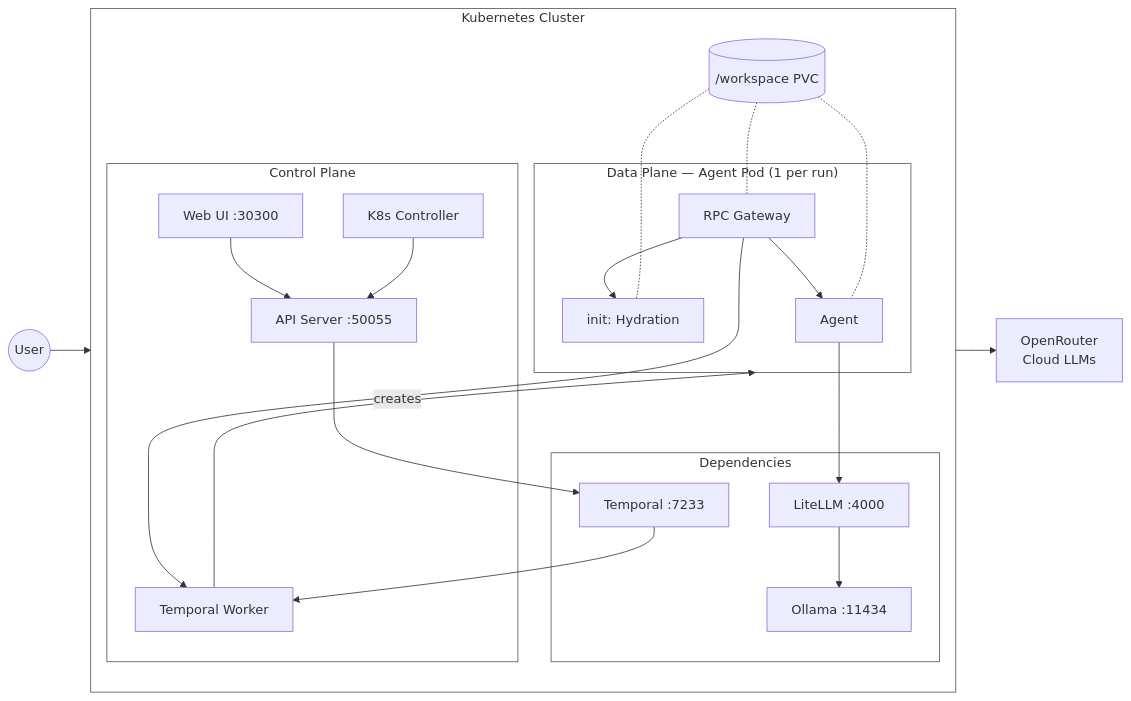
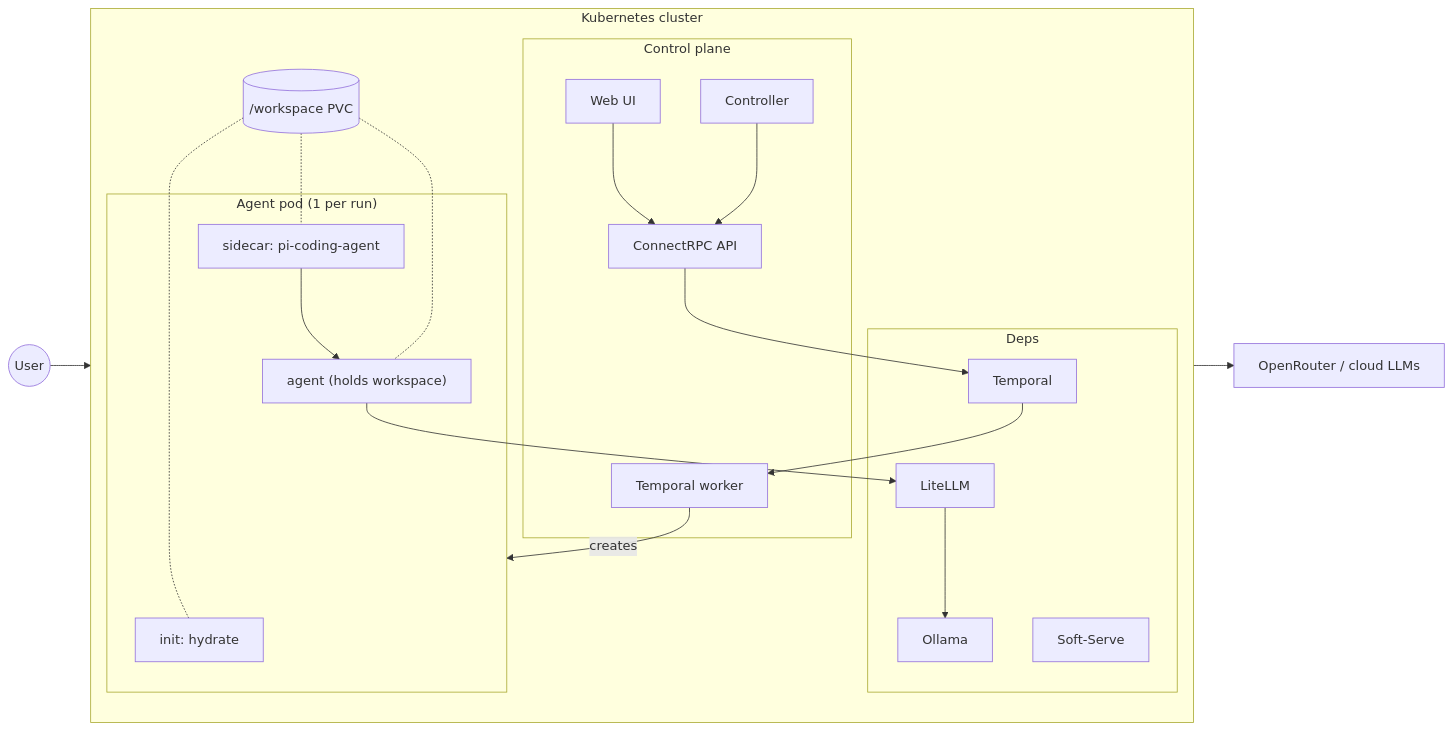
One commit to ross-corp/uncworks changed the first of 2 diagrams in README.md. Above: the diagram before and after it, drawn with Mermaid. The commit also changed other lines of this file and 17 other files, not shown here.

````diff
--- a/README.md
+++ b/README.md
@@ -54,51 +21,37 @@
 ```mermaid
 graph LR
     User(("User"))
-    Cloud["OpenRouter<br/>Cloud LLMs"]
+    Cloud["OpenRouter / cloud LLMs"]
 
-    subgraph K8s["Kubernetes Cluster"]
+    subgraph K8s["Kubernetes cluster"]
         direction TB
-
-        subgraph CP["Control Plane"]
-            Web["Web UI :30300"]
-            API["API Server :50055"]
-            Ctrl["K8s Controller"]
-            TW["Temporal Worker"]
+        subgraph CP["Control plane"]
+            Web["Web UI"]
+            API["ConnectRPC API"]
+            Ctrl["Controller"]
+            TW["Temporal worker"]
         end
-
-        subgraph Deps["Dependencies"]
-            Temporal["Temporal :7233"]
-            LiteLLM["LiteLLM :4000"]
-            Ollama["Ollama :11434"]
+        subgraph Deps["Deps"]
+            Temporal["Temporal"]
+            LiteLLM["LiteLLM"]
+            Ollama["Ollama"]
+            Soft["Soft-Serve"]
         end
-
-        subgraph DP["Data Plane — Agent Pod (1 per run)"]
-            Sidecar["RPC Gateway"]
-            Init["init: Hydration"]
-            Agent["Agent"]
+        subgraph DP["Agent pod (1 per run)"]
+            Init["init: hydrate"]
+            Agent["agent (holds workspace)"]
+            Sidecar["sidecar: pi-coding-agent"]
         end
-
         PVC[("/workspace PVC")]
     end
 
-    User --> Web
-    Web --> API
-    API --> Temporal
-    Temporal --> TW
+    User --> Web --> API --> Temporal --> TW
     Ctrl --> API
     TW -->|creates| DP
-    Sidecar --> TW
-    Sidecar --> Init
     Sidecar --> Agent
-    Agent --> LiteLLM
-    LiteLLM --> Ollama
+    Agent --> LiteLLM --> Ollama
     LiteLLM --> Cloud
     PVC -.- Init
     PVC -.- Agent
     PVC -.- Sidecar
-
-    style K8s fill:transparent,stroke:#555
-    style CP fill:transparent,stroke:#555
-    style Deps fill:transparent,stroke:#555
-    style DP fill:transparent,stroke:#555
 ```
````
